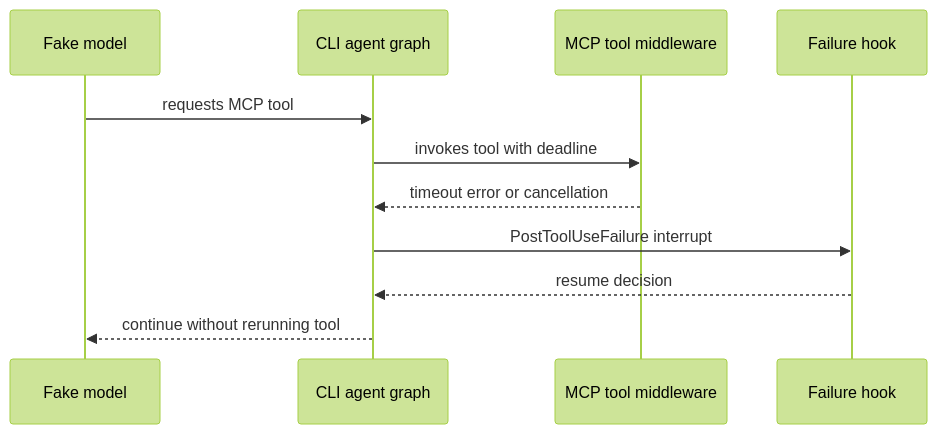
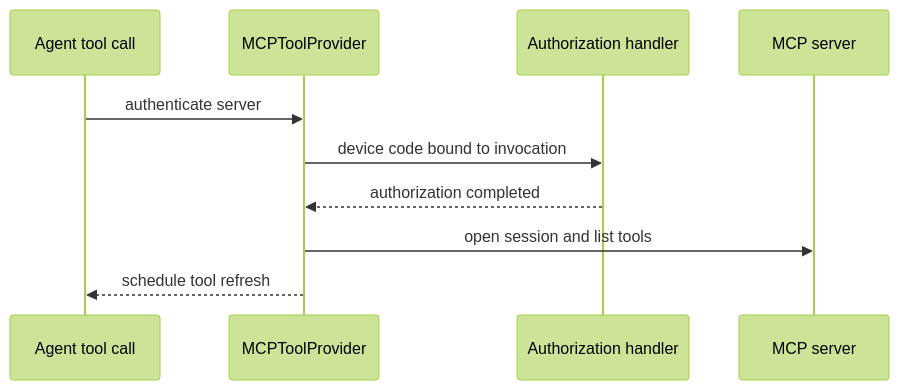
The second of 3 diagrams in openwiki/testing/testing-guide.md (langchain-ai/deepagents), drawn with Mermaid (forest theme) before and after one commit. The commit also changed other lines of this file and 43 other files, not shown here.

````diff
--- a/openwiki/testing/testing-guide.md
+++ b/openwiki/testing/testing-guide.md
@@ -119,13 +127,12 @@
 ```mermaid
 sequenceDiagram
-    participant Model as Fake model
-    participant Graph as CLI agent graph
-    participant MCP as MCP tool middleware
-    participant Hook as Failure hook
-    Model->>Graph: requests MCP tool
-    Graph->>MCP: invokes tool with deadline
-    MCP-->>Graph: timeout error or cancellation
-    Graph->>Hook: PostToolUseFailure interrupt
-    Hook-->>Graph: resume decision
-    Graph-->>Model: continue without rerunning tool
+    participant Agent as Agent tool call
+    participant Provider as MCPToolProvider
+    participant Auth as Authorization handler
+    participant Server as MCP server
+    Agent->>Provider: authenticate server
+    Provider->>Auth: device code bound to invocation
+    Auth-->>Provider: authorization completed
+    Provider->>Server: open session and list tools
+    Provider-->>Agent: schedule tool refresh
 ```
````
